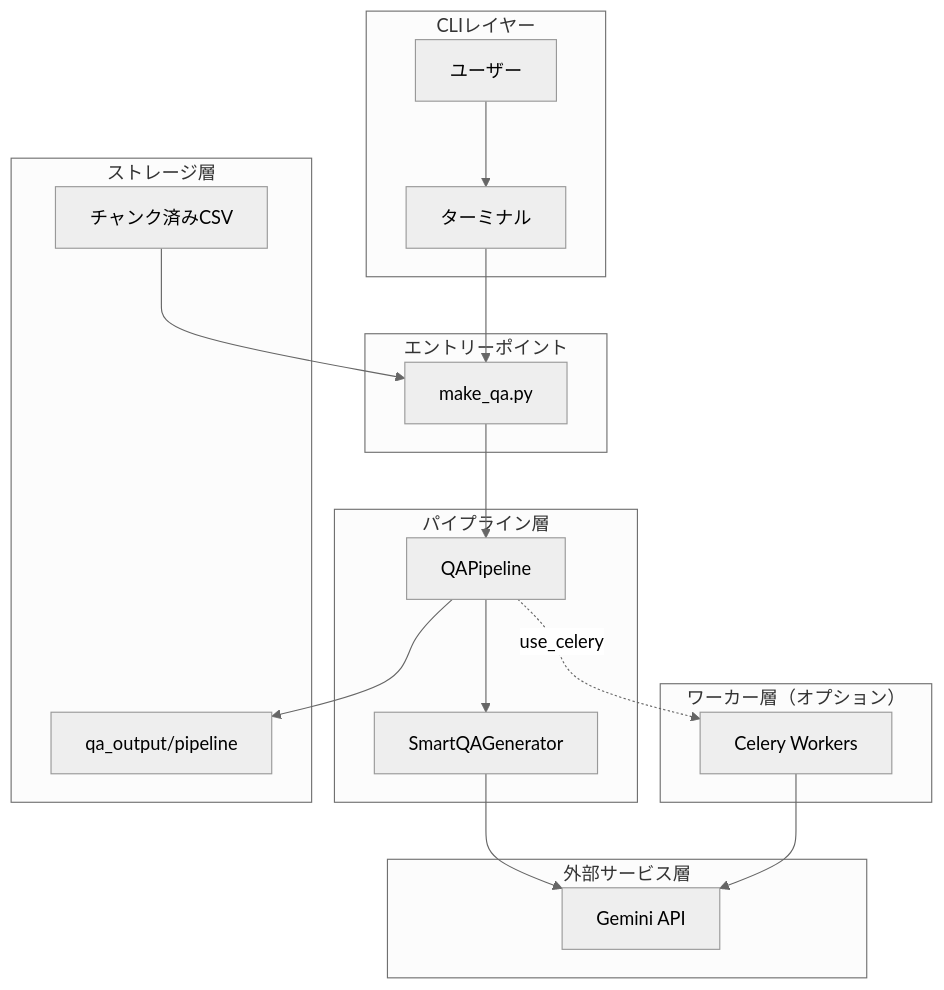
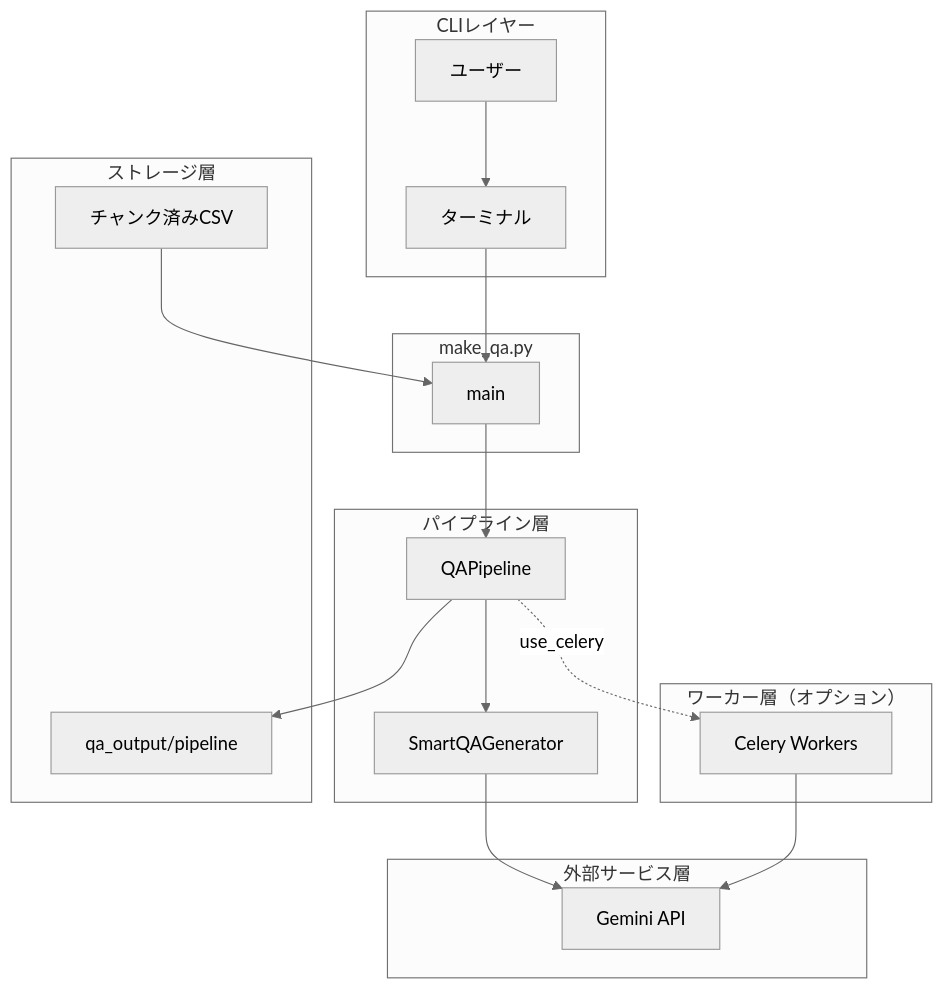
Before and after one commit to nakashima2toshio/gemini_grace_agent: the first of 4 diagrams in qa_qdrant/doc/make_qa.md, drawn with Mermaid (neutral theme). The commit also changed other lines of this file and 24 other files, not shown here.

````diff
--- a/qa_qdrant/doc/make_qa.md
+++ b/qa_qdrant/doc/make_qa.md
@@ -49,39 +52,39 @@
 ```mermaid
 flowchart TB
     subgraph CLI["CLIレイヤー"]
         USER[ユーザー]
         TERMINAL[ターミナル]
     end
 
-    subgraph ENTRY["エントリーポイント"]
-        MAKE_QA[make_qa.py]
+    subgraph ENTRY["make_qa.py"]
+        MAIN[main]
     end
 
     subgraph PIPELINE["パイプライン層"]
         QA_PIPELINE[QAPipeline]
         SMART_GEN[SmartQAGenerator]
     end
 
     subgraph WORKER["ワーカー層（オプション）"]
         CELERY[Celery Workers]
     end
 
     subgraph EXTERNAL["外部サービス層"]
         GEMINI[Gemini API]
     end
 
     subgraph STORAGE["ストレージ層"]
         INPUT_CSV[チャンク済みCSV]
         OUTPUT[qa_output/pipeline]
     end
 
     USER --> TERMINAL
-    TERMINAL --> MAKE_QA
-    MAKE_QA --> QA_PIPELINE
+    TERMINAL --> MAIN
+    MAIN --> QA_PIPELINE
     QA_PIPELINE --> SMART_GEN
     QA_PIPELINE -.->|use_celery| CELERY
     CELERY --> GEMINI
     SMART_GEN --> GEMINI
-    INPUT_CSV --> MAKE_QA
+    INPUT_CSV --> MAIN
     QA_PIPELINE --> OUTPUT
 ```
````
